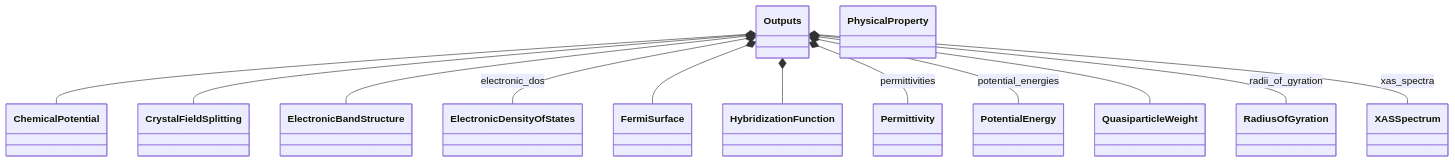
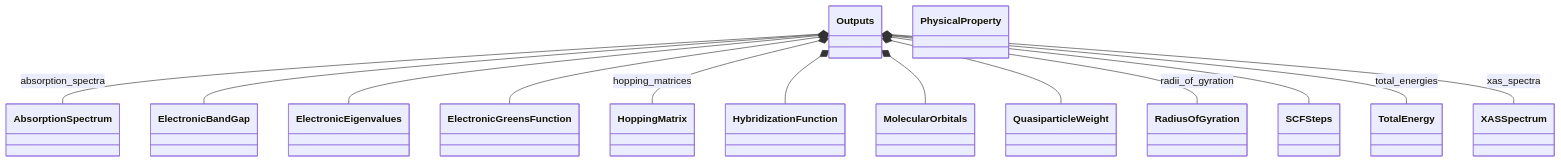
One commit to FAIRmat-NFDI/nomad-simulations changed the second of 2 diagrams in docs/schema/outputs.diagram.md. Above: the diagram before and after it, drawn with Mermaid. The commit also changed 9 other files, not shown here.

````diff
--- a/docs/schema/outputs.diagram.md
+++ b/docs/schema/outputs.diagram.md
@@ -68,40 +68,43 @@
 ```mermaid
 classDiagram
-    class ChemicalPotential {
+    class AbsorptionSpectrum {
     }
-    class CrystalFieldSplitting {
+    class ElectronicBandGap {
     }
-    class ElectronicBandStructure {
+    class ElectronicEigenvalues {
     }
-    class ElectronicDensityOfStates {
+    class ElectronicGreensFunction {
     }
-    class FermiSurface {
+    class HoppingMatrix {
     }
     class HybridizationFunction {
     }
+    class MolecularOrbitals {
+    }
     class Outputs {
     }
-    class Permittivity {
-    }
     class PhysicalProperty {
-    }
-    class PotentialEnergy {
     }
     class QuasiparticleWeight {
     }
     class RadiusOfGyration {
     }
+    class SCFSteps {
+    }
+    class TotalEnergy {
+    }
     class XASSpectrum {
     }
-    Outputs *-- ChemicalPotential
-    Outputs *-- CrystalFieldSplitting
-    Outputs *-- ElectronicBandStructure
-    Outputs *-- ElectronicDensityOfStates : electronic_dos
-    Outputs *-- FermiSurface
+    Outputs *-- AbsorptionSpectrum : absorption_spectra
+    Outputs *-- ElectronicBandGap
+    Outputs *-- ElectronicEigenvalues
+    Outputs *-- ElectronicGreensFunction
+    Outputs *-- HoppingMatrix : hopping_matrices
     Outputs *-- HybridizationFunction
-    Outputs *-- Permittivity : permittivities
-    Outputs *-- PotentialEnergy : potential_energies
+    Outputs *-- MolecularOrbitals
     Outputs *-- QuasiparticleWeight
     Outputs *-- RadiusOfGyration : radii_of_gyration
+    Outputs *-- SCFSteps
+    Outputs *-- TotalEnergy : total_energies
     Outputs *-- XASSpectrum : xas_spectra
 ```
````
